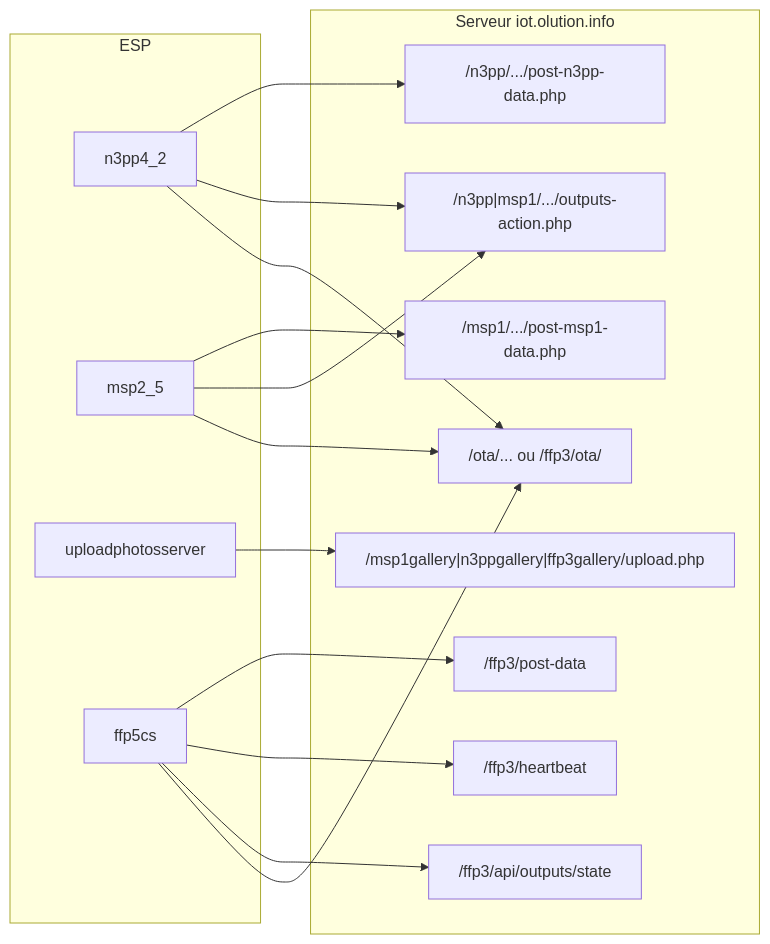
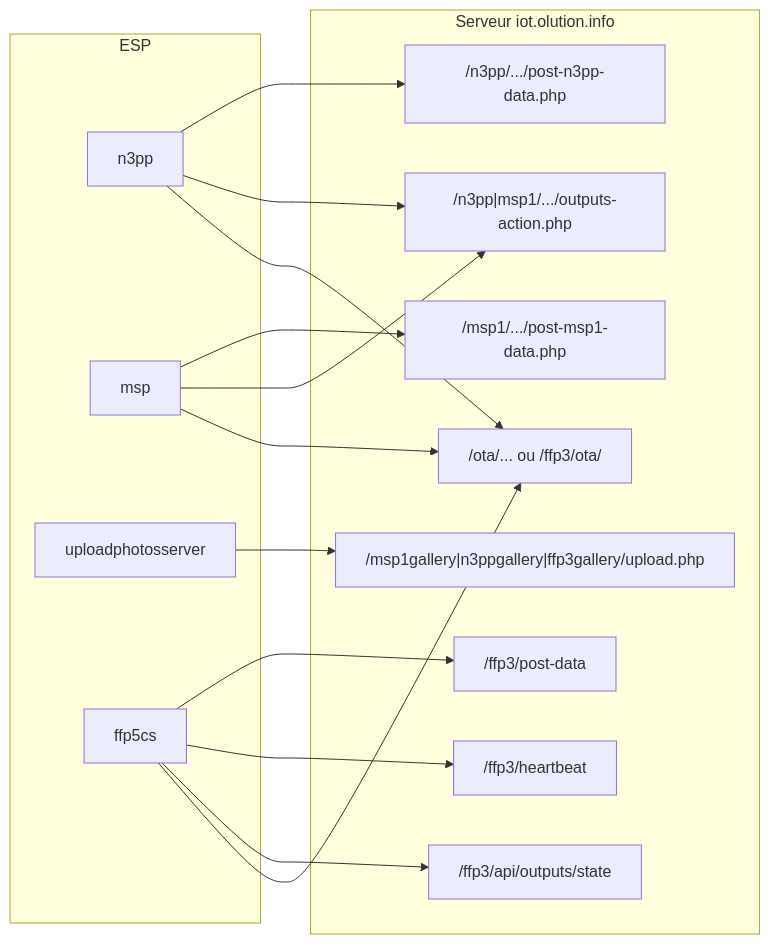
Before and after one commit to oliviera999/IOT_n3: the diagram in docs/audit_echanges_serveur_esp.md, drawn with Mermaid. The commit also changed other lines of this file and 29 other files, not shown here.

````diff
--- a/docs/audit_echanges_serveur_esp.md
+++ b/docs/audit_echanges_serveur_esp.md
@@ -43,30 +43,30 @@
 ```mermaid
 flowchart LR
   subgraph esp [ESP]
-    n3pp[n3pp4_2]
-    msp[msp2_5]
+    n3pp[n3pp]
+    msp[msp]
     cam[uploadphotosserver]
     ffp[ffp5cs]
   end
   subgraph srv [Serveur iot.olution.info]
     postN3pp["/n3pp/.../post-n3pp-data.php"]
     postMsp["/msp1/.../post-msp1-data.php"]
     postFfp["/ffp3/post-data"]
     heartbeat["/ffp3/heartbeat"]
     gallery["/msp1gallery|n3ppgallery|ffp3gallery/upload.php"]
     outputs["/ffp3/api/outputs/state"]
     outputsAction["/n3pp|msp1/.../outputs-action.php"]
     ota["/ota/... ou /ffp3/ota/"]
   end
   n3pp --> postN3pp
   n3pp --> outputsAction
   msp --> postMsp
   msp --> outputsAction
   ffp --> postFfp
   ffp --> heartbeat
   ffp --> outputs
   cam --> gallery
   n3pp --> ota
   msp --> ota
   ffp --> ota
 ```
````
